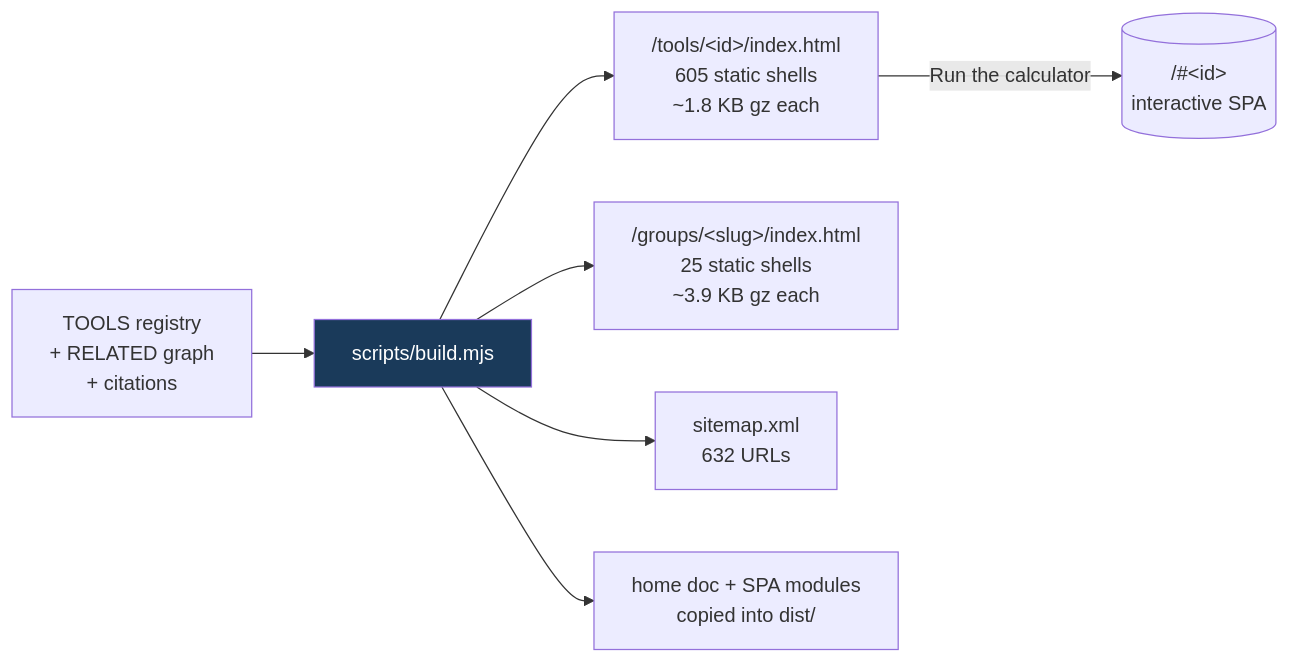
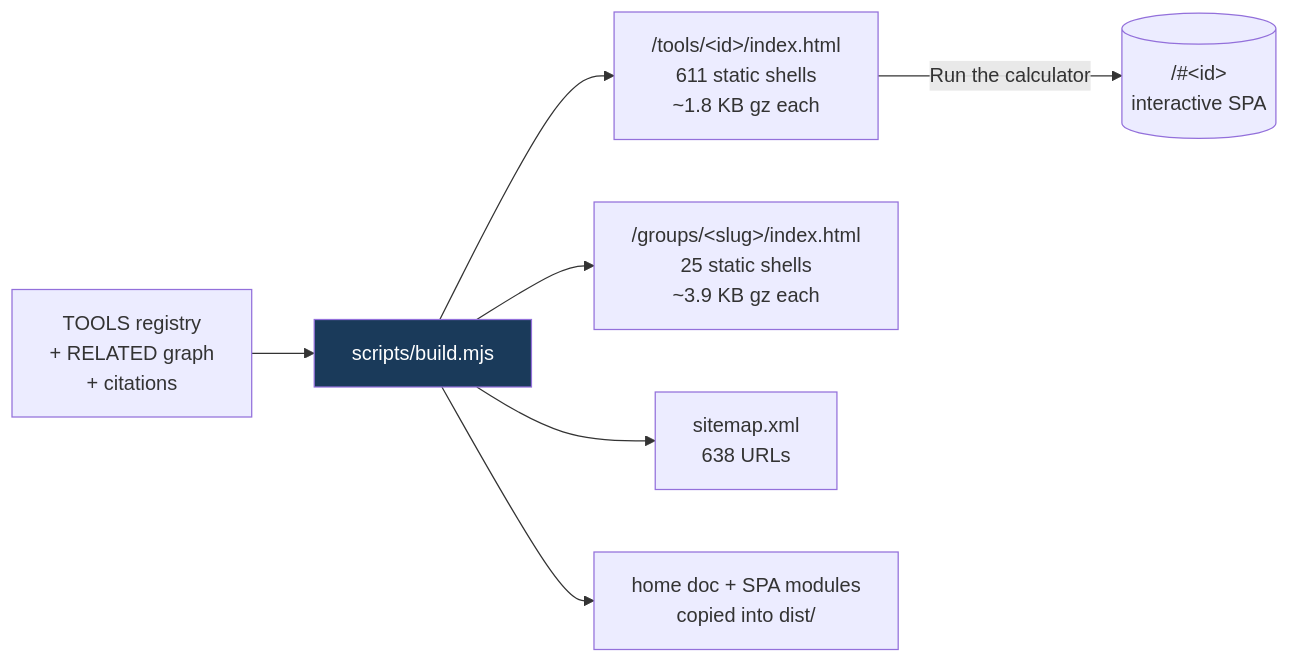
Before and after one commit to clay-good/roughlogic.com: the fifth of 8 diagrams in README.md, drawn with Mermaid. The commit also changed other lines of this file and 16 other files, not shown here.

````diff
--- a/README.md
+++ b/README.md
@@ -363,10 +363,10 @@
 ```mermaid
 flowchart LR
     SRC[TOOLS registry\n+ RELATED graph\n+ citations] --> BUILD[scripts/build.mjs]
-    BUILD --> TILE["/tools/&lt;id&gt;/index.html\n605 static shells\n~1.8 KB gz each"]
+    BUILD --> TILE["/tools/&lt;id&gt;/index.html\n611 static shells\n~1.8 KB gz each"]
     BUILD --> GROUP["/groups/&lt;slug&gt;/index.html\n25 static shells\n~3.9 KB gz each"]
-    BUILD --> MAP["sitemap.xml\n632 URLs"]
+    BUILD --> MAP["sitemap.xml\n638 URLs"]
     BUILD --> COPY[home doc + SPA modules\ncopied into dist/]
     TILE -->|Run the calculator| SPA[("/#&lt;id&gt;\ninteractive SPA")]
     style BUILD fill:#1a3a5a,color:#fff
 ```
````
